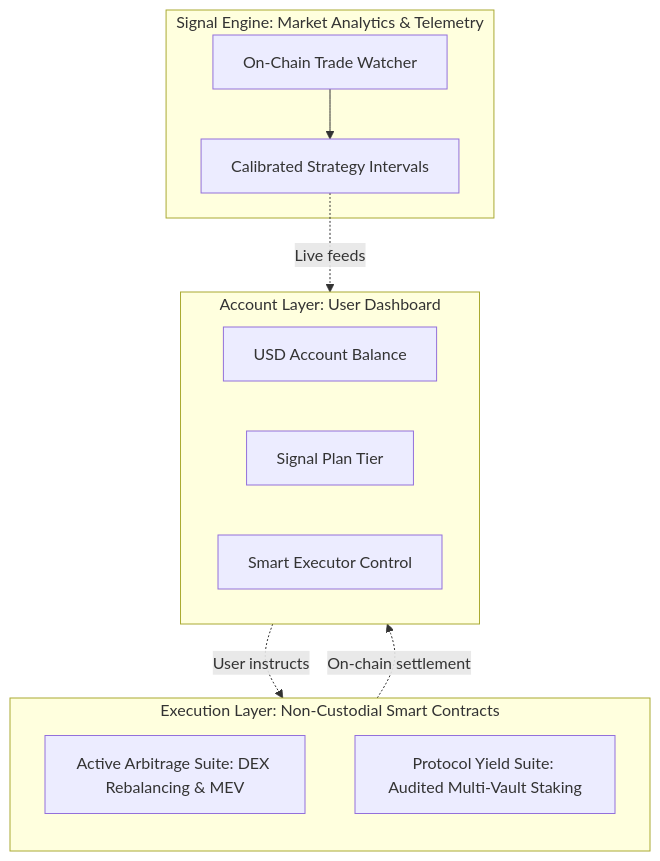
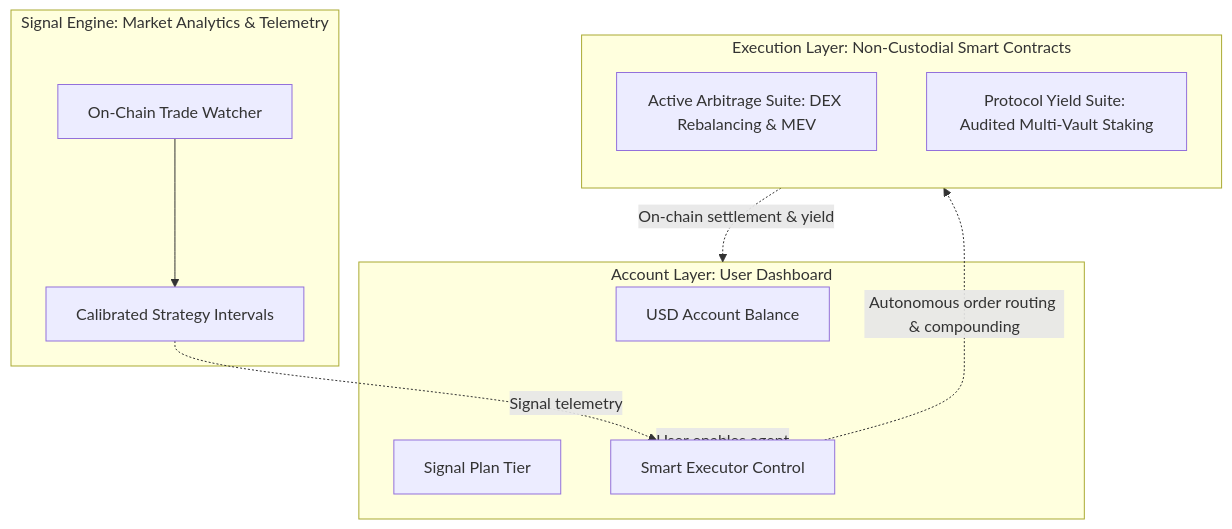
The diagram in introduction/what-blackquant-is.mdx (rempprandy/docs), drawn with Mermaid before and after one commit. The commit also changed other lines of this file and 7 other files, not shown here.

````diff
--- a/introduction/what-blackquant-is.mdx
+++ b/introduction/what-blackquant-is.mdx
@@ -39,21 +39,22 @@
 ```mermaid
 flowchart TB
     subgraph Measure["Signal Engine: Market Analytics & Telemetry"]
         SE[On-Chain Trade Watcher]
         ST[Calibrated Strategy Intervals]
         SE --> ST
     end
     subgraph Execute["Execution Layer: Non-Custodial Smart Contracts"]
         direction TB
         ARB[Active Arbitrage Suite: DEX Rebalancing & MEV]
         YLD[Protocol Yield Suite: Audited Multi-Vault Staking]
     end
     subgraph Account["Account Layer: User Dashboard"]
         BAL[USD Account Balance]
         SUB[Signal Plan Tier]
         EXE[Smart Executor Control]
     end
-    ST -.Live feeds.-> Account
-    Account -.User instructs.-> Execute
-    Execute -.On-chain settlement.-> Account
+    ST -.Signal telemetry.-> EXE
+    Account -.User enables agent.-> EXE
+    EXE -.Autonomous order routing & compounding.-> Execute
+    Execute -.On-chain settlement & yield.-> Account
 ```
````
